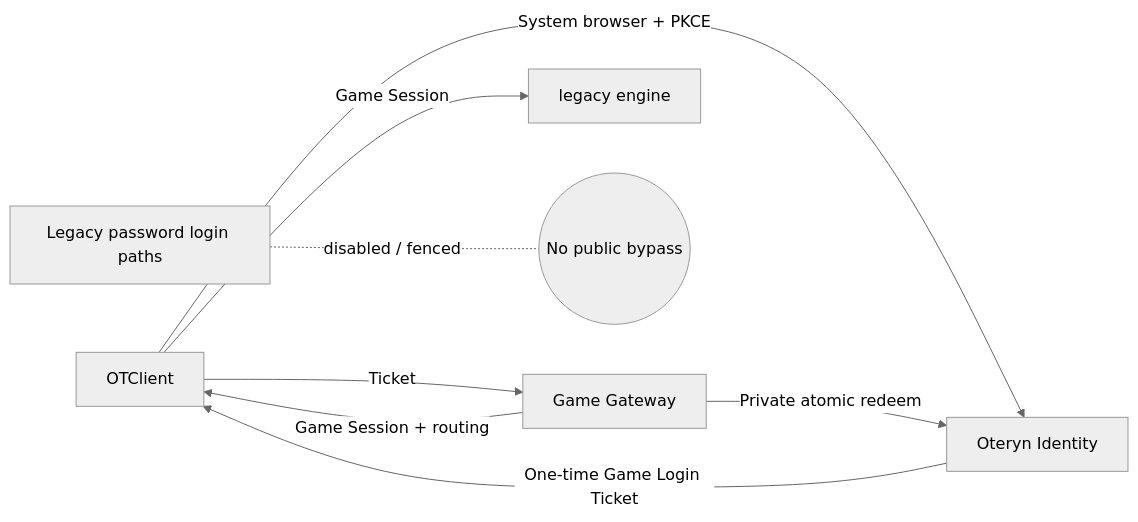
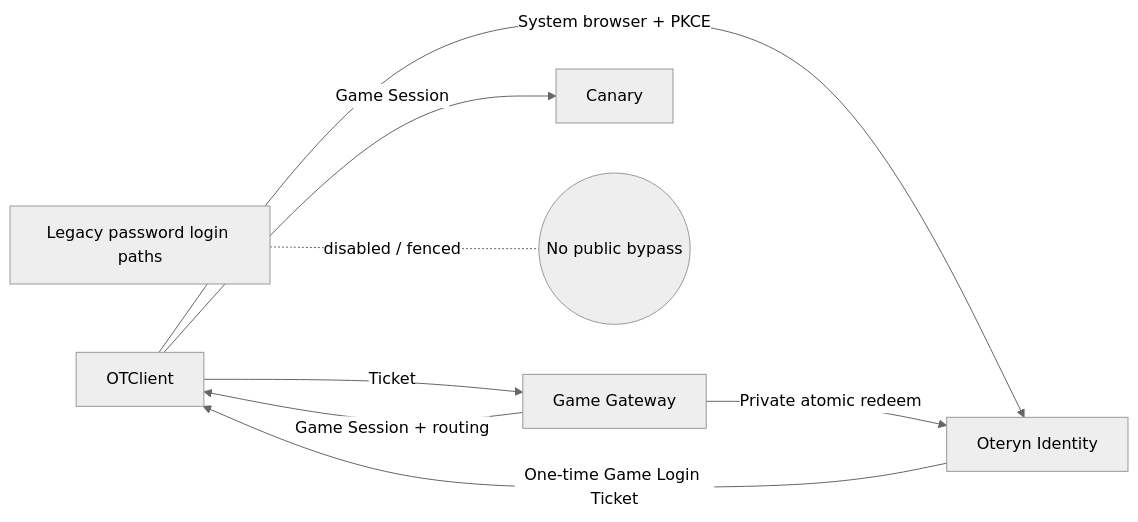
One commit to Oteryn/Oteryn-Platform changed diagram 24 of 24 in docs/architecture/GAME_AUTH_SEQUENCE_DIAGRAMS.md. Above: the diagram before and after it, drawn with Mermaid (neutral theme). The commit also changed other lines of this file and 5 other files, not shown here.

````diff
--- a/docs/architecture/GAME_AUTH_SEQUENCE_DIAGRAMS.md
+++ b/docs/architecture/GAME_AUTH_SEQUENCE_DIAGRAMS.md
@@ -521,11 +521,11 @@
 ```mermaid
 flowchart LR
     C[OTClient] -->|System browser + PKCE| I[Oteryn Identity]
     I -->|One-time Game Login Ticket| C
     C -->|Ticket| G[Game Gateway]
     G -->|Private atomic redeem| I
     G -->|Game Session + routing| C
-    C -->|Game Session| K[legacy engine]
+    C -->|Game Session| K[Canary]
 
     L[Legacy password login paths] -. disabled / fenced .- X((No public bypass))
 ```
````
